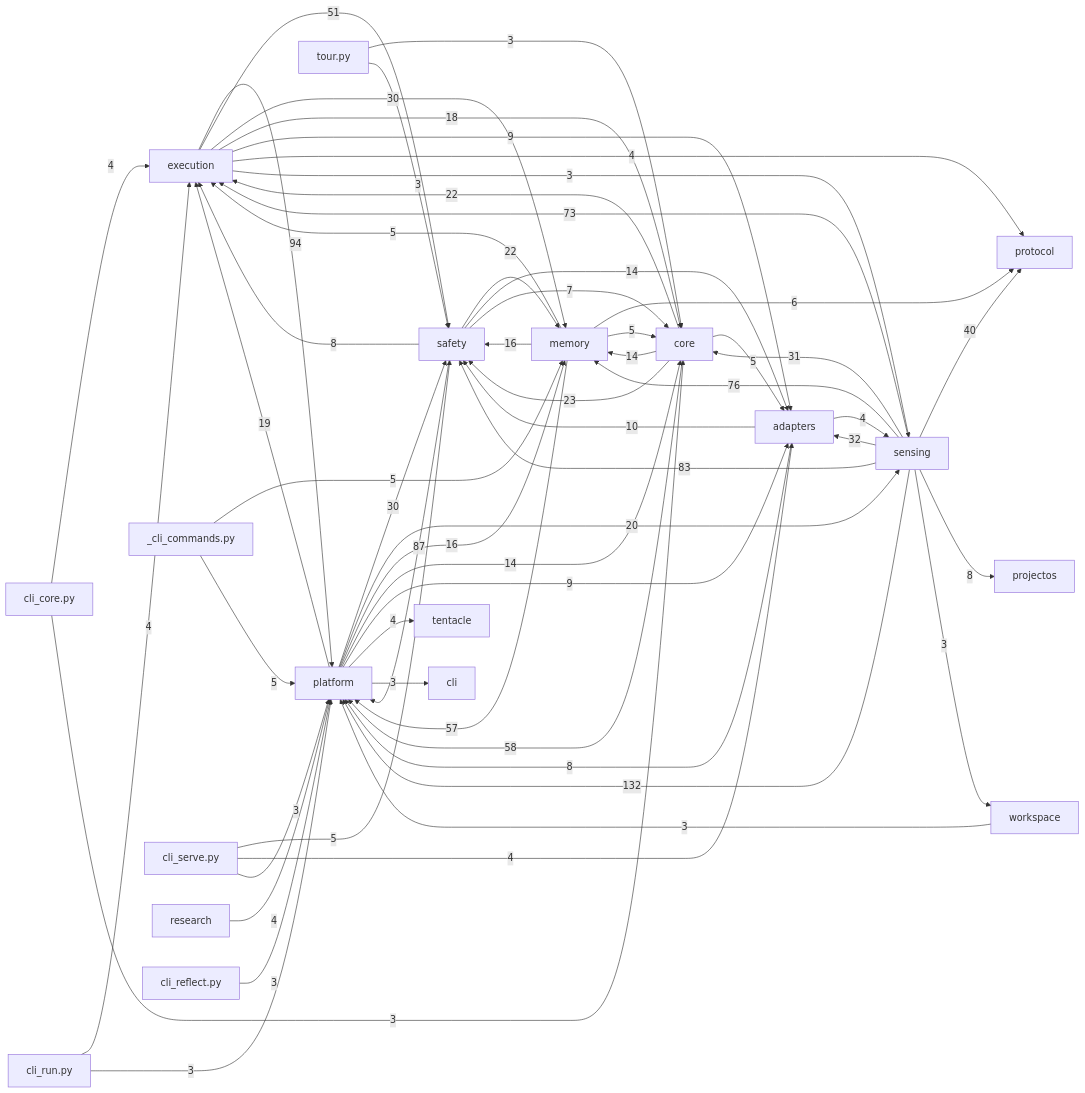
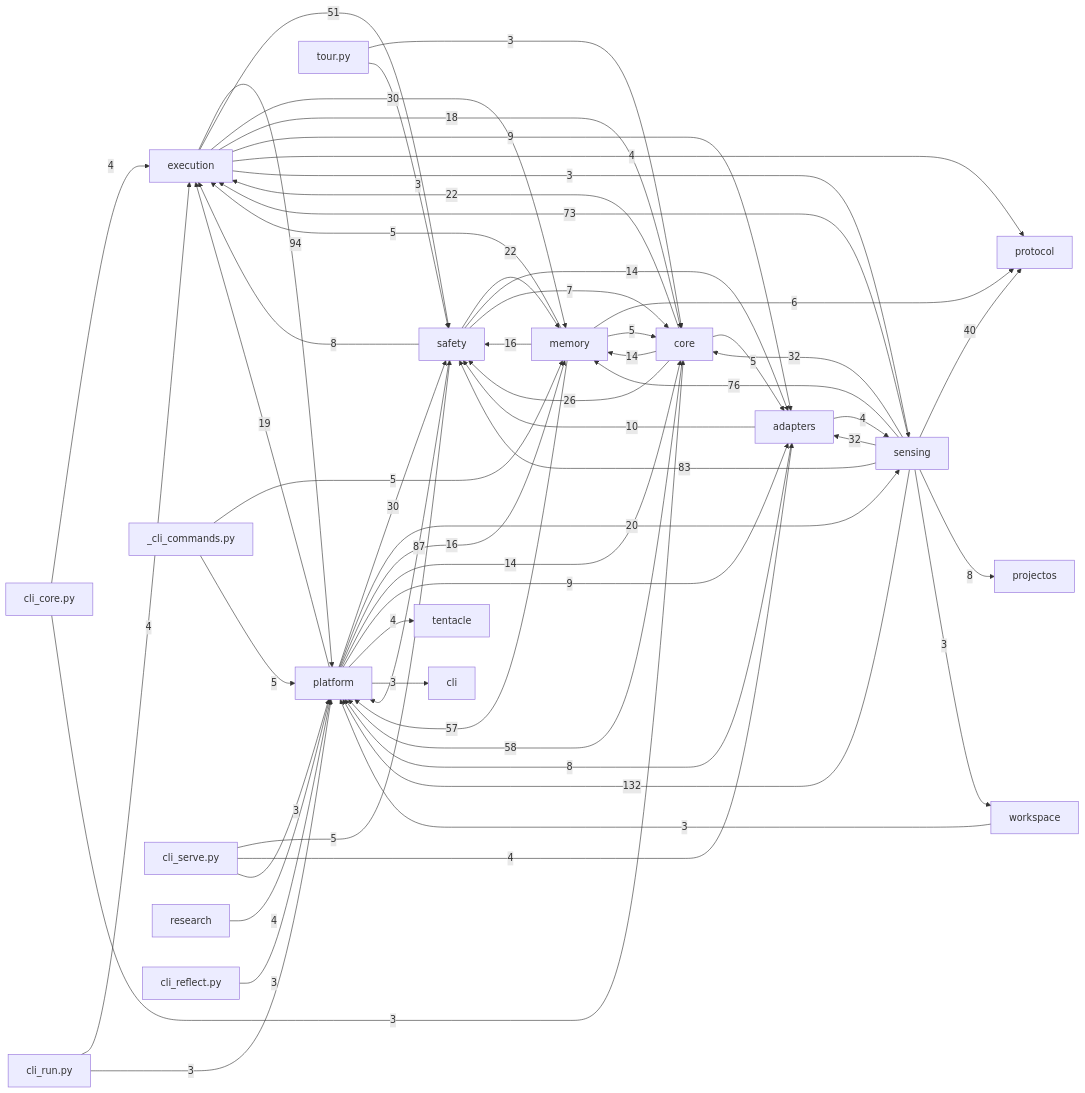
One commit to dengdenghua/octopus-agent changed the diagram in docs/auto/20-backend/index.md. Above: the diagram before and after it, drawn with Mermaid. The commit also changed 8 other files, not shown here.

````diff
--- a/docs/auto/20-backend/index.md
+++ b/docs/auto/20-backend/index.md
@@ -26,66 +26,66 @@
 ```mermaid
 graph LR
   execution[execution]
   core[core]
   safety[safety]
   memory[memory]
   sensing[sensing]
   adapters[adapters]
   platform[platform]
   sensing -- 132 --> platform
   execution -- 94 --> platform
   safety -- 87 --> platform
   sensing -- 83 --> safety
   sensing -- 76 --> memory
   sensing -- 73 --> execution
   core -- 58 --> platform
   memory -- 57 --> platform
   execution -- 51 --> safety
   sensing -- 40 --> protocol
   sensing -- 32 --> adapters
-  sensing -- 31 --> core
+  sensing -- 32 --> core
   execution -- 30 --> memory
   platform -- 30 --> safety
-  core -- 23 --> safety
+  core -- 26 --> safety
   core -- 22 --> execution
   safety -- 22 --> memory
   platform -- 20 --> sensing
   platform -- 19 --> execution
   execution -- 18 --> core
   memory -- 16 --> safety
   platform -- 16 --> memory
   core -- 14 --> memory
   platform -- 14 --> core
   safety -- 14 --> adapters
   adapters -- 10 --> safety
   execution -- 9 --> adapters
   platform -- 9 --> adapters
   adapters -- 8 --> platform
   safety -- 8 --> execution
   sensing -- 8 --> projectos
   safety -- 7 --> core
   memory -- 6 --> protocol
   _cli_commands.py -- 5 --> memory
   _cli_commands.py -- 5 --> platform
   cli_serve.py -- 5 --> safety
   core -- 5 --> adapters
   memory -- 5 --> core
   memory -- 5 --> execution
   adapters -- 4 --> sensing
   cli_core.py -- 4 --> execution
   cli_run.py -- 4 --> execution
   cli_serve.py -- 4 --> adapters
   execution -- 4 --> protocol
   platform -- 4 --> tentacle
   research -- 4 --> platform
   cli_core.py -- 3 --> core
   cli_reflect.py -- 3 --> platform
   cli_run.py -- 3 --> platform
   cli_serve.py -- 3 --> platform
   execution -- 3 --> sensing
   platform -- 3 --> cli
   sensing -- 3 --> workspace
   tour.py -- 3 --> core
   tour.py -- 3 --> safety
   workspace -- 3 --> platform
 ```
````
